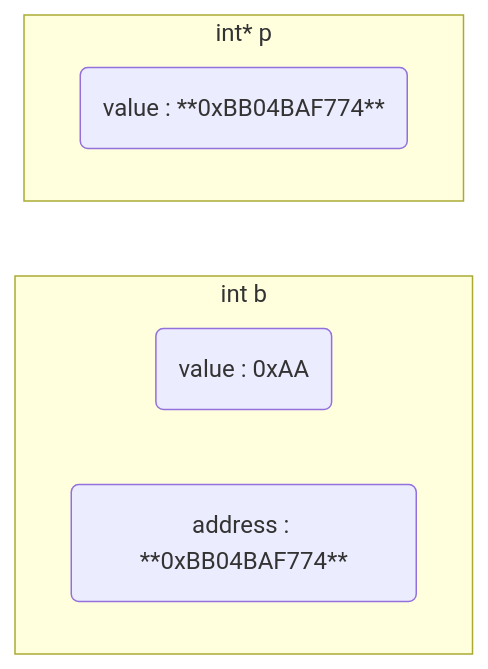
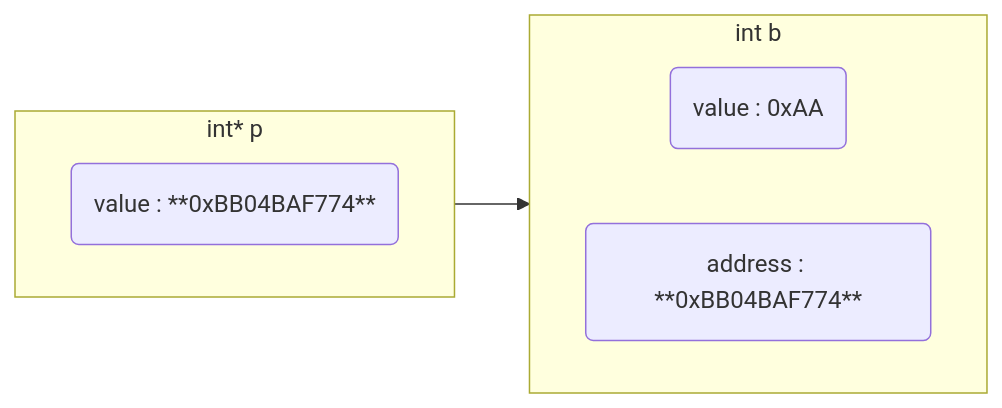
One commit to dmjcb/dmjcb.github.io changed the third of 5 diagrams in _posts/Language/C&C++/Pointer/2022-01-08-指针.md. Above: the diagram before and after it, drawn with Mermaid. The commit also changed other lines of this file and 122 other files, not shown here.

Commit message:
修复图形显示BUG

````diff
--- a/_posts/Language/C&C++/Pointer/2022-01-08-指针.md
+++ b/_posts/Language/C&C++/Pointer/2022-01-08-指针.md
@@ -89,14 +91,15 @@
 ```mermaid
 graph LR;
     subgraph S3[int b]
         direction LR
         V3(value : 0xAA)
         A3(address : **0xBB04BAF774**)
     end
 
     subgraph S2[int* p]
         direction LR
         V1(value : **0xBB04BAF774**)
     end
 
+    V1-->A3
 ```
````
